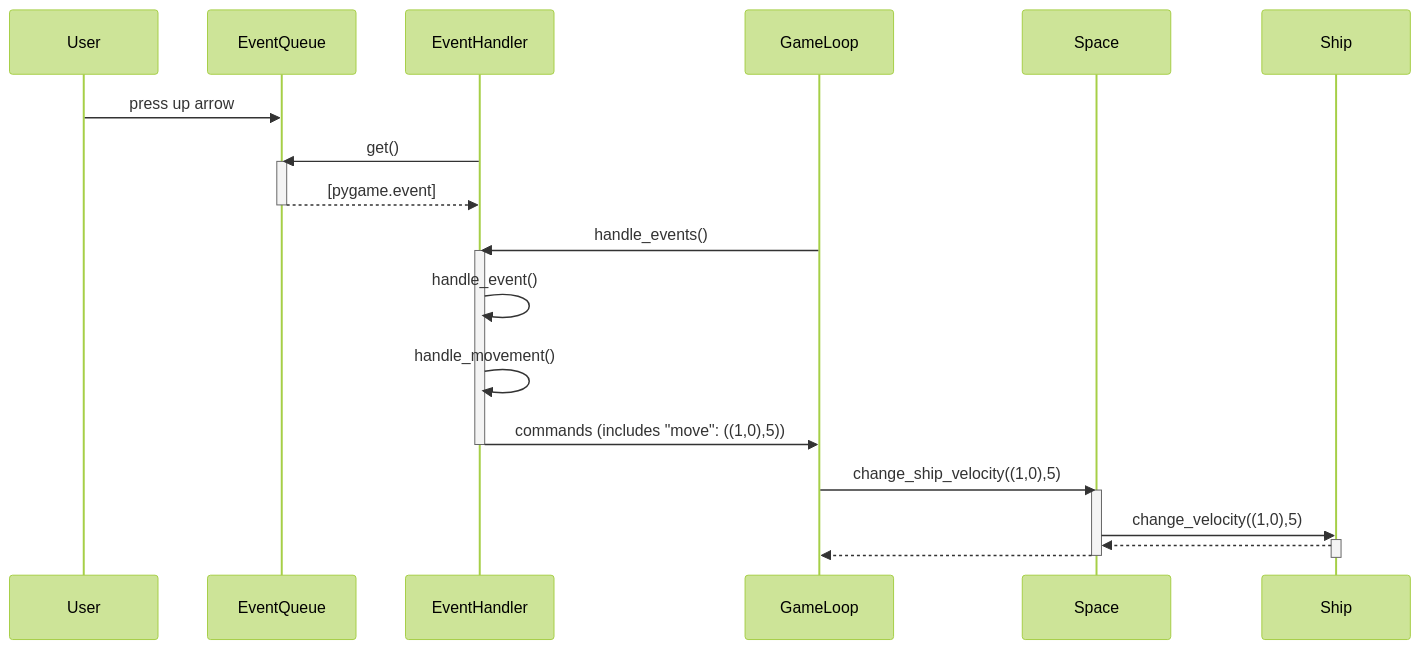
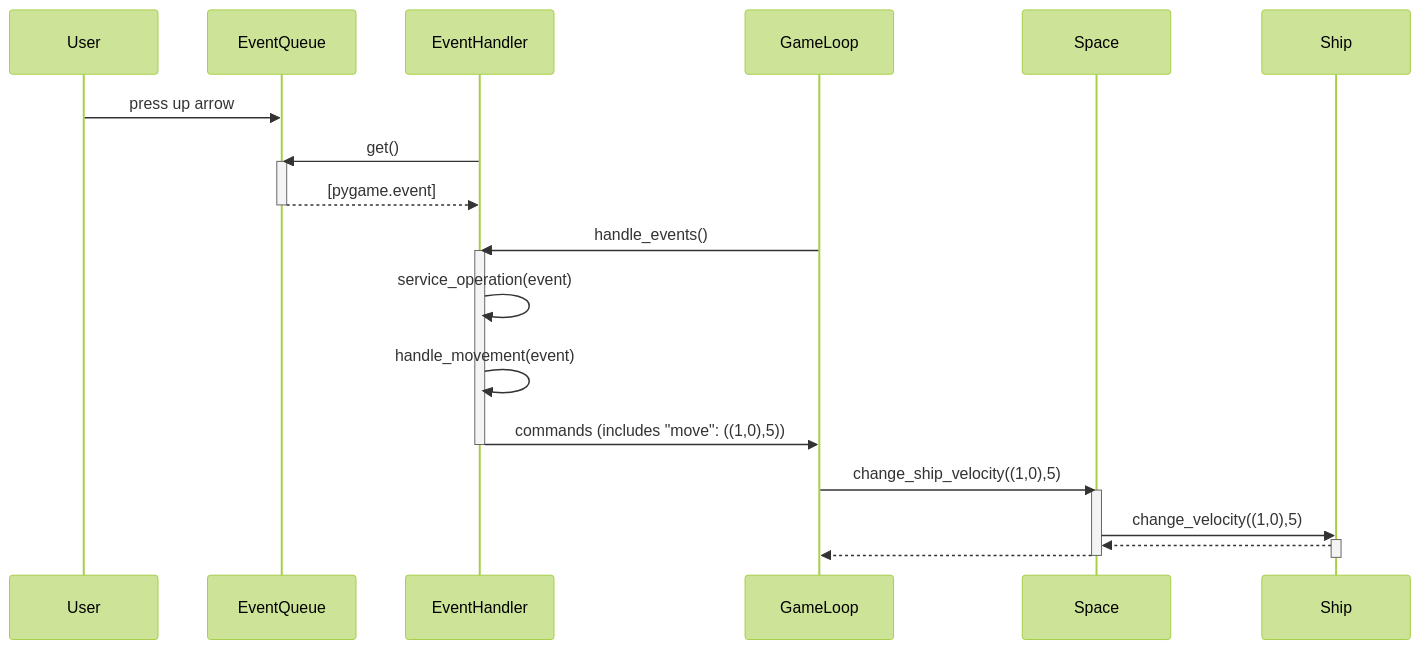
Before and after one commit to tjunttil/ot-harjoitustyo: the second of 3 diagrams in dokumentaatio/arkkitehtuuri.md, drawn with Mermaid (forest theme). The commit also changed other lines of this file, not shown here.

````diff
--- a/dokumentaatio/arkkitehtuuri.md
+++ b/dokumentaatio/arkkitehtuuri.md
@@ -52,44 +52,44 @@
 ```mermaid
 
 sequenceDiagram
   
     User ->> EventQueue: press up arrow
      
     EventHandler ->> EventQueue: get()
     
     activate EventQueue
     
     EventQueue -->> EventHandler: [pygame.event]
     
     deactivate EventQueue
     
     GameLoop ->> EventHandler: handle_events()
     
     activate EventHandler
     
-    EventHandler ->> EventHandler: handle_event()
+    EventHandler ->> EventHandler: service_operation(event)
     
-    EventHandler ->> EventHandler: handle_movement()
+    EventHandler ->> EventHandler: handle_movement(event)
     
     EventHandler ->> GameLoop: commands (includes "move": ((1,0),5))
     
     deactivate EventHandler
     
     GameLoop ->> Space: change_ship_velocity((1,0),5)
     
     activate Space
     
     Space ->> Ship: change_velocity((1,0),5)
     
     activate Ship
     
     Ship -->> Space: 
     
     deactivate Ship
     
     Space -->> GameLoop: 
     
     deactivate Space
     
     
 ```
````
